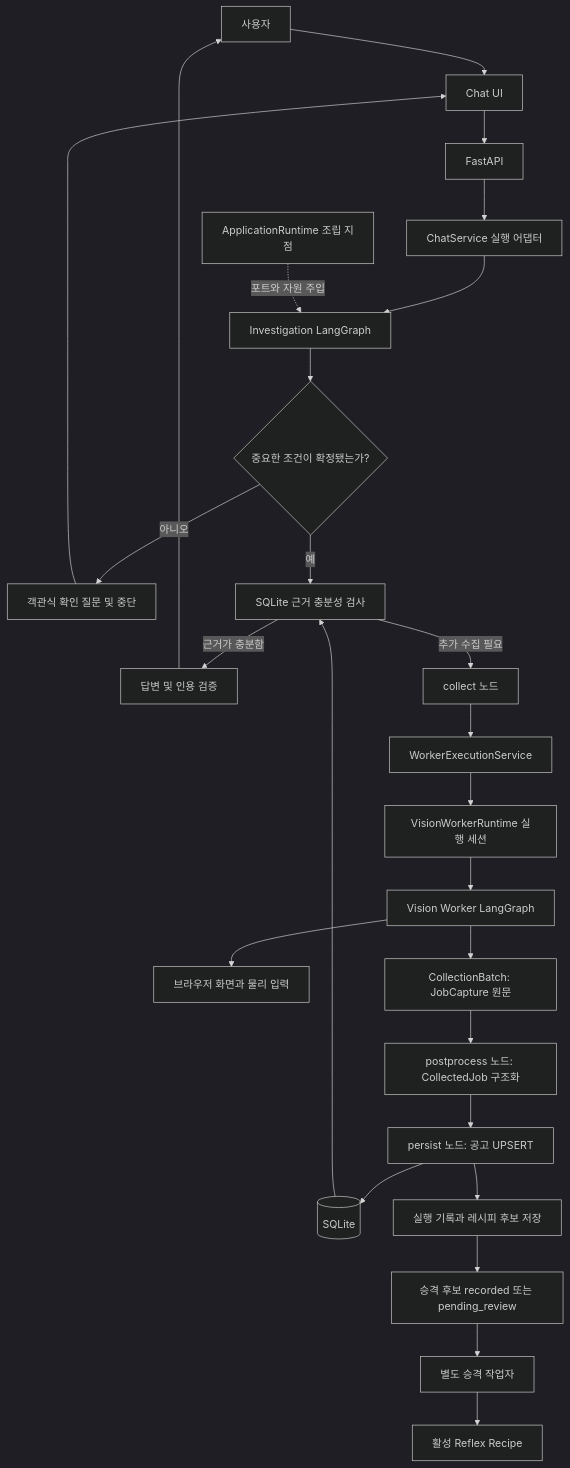
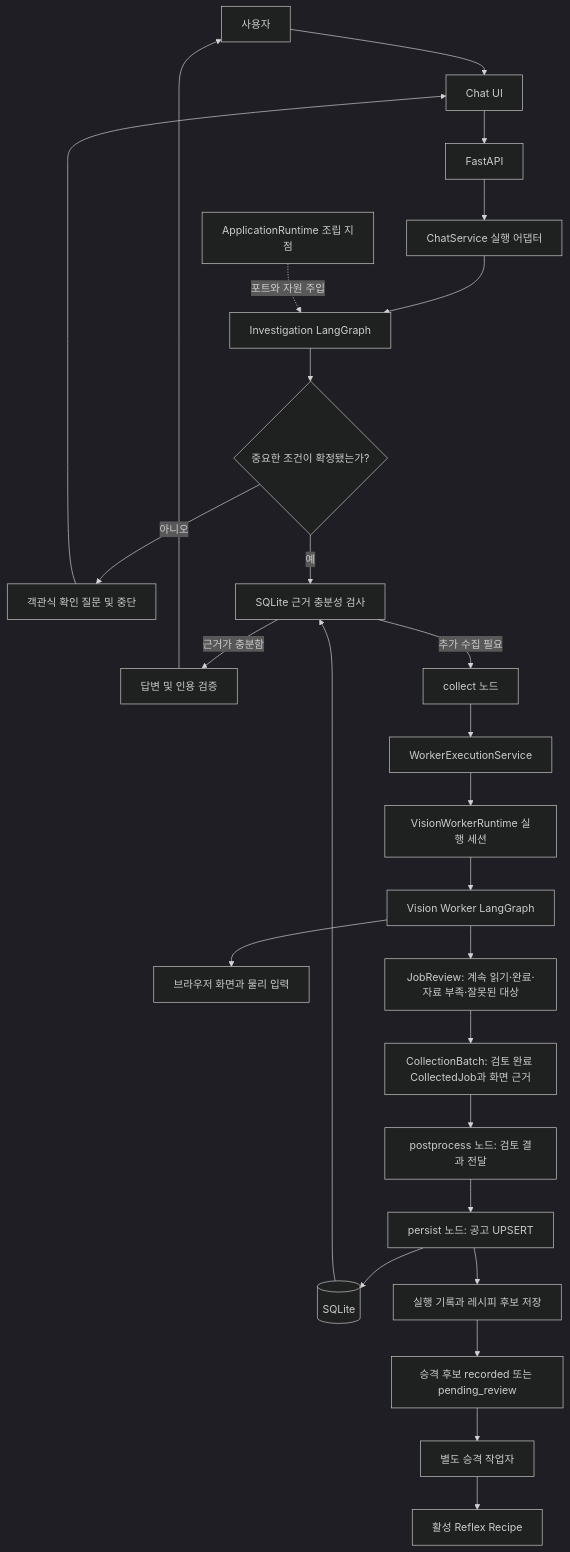
The first of 2 diagrams in ARCHITECTURE.md (Dreamtreeme/L2C), drawn with Mermaid (dark theme) before and after one commit. The commit also changed other lines of this file and 66 other files, not shown here.

````diff
--- a/ARCHITECTURE.md
+++ b/ARCHITECTURE.md
@@ -7,28 +7,29 @@
 ```mermaid
 flowchart TD
     U[사용자] --> UI[Chat UI]
     UI --> API[FastAPI]
     API --> CS[ChatService 실행 어댑터]
     CS --> PLAN[Investigation LangGraph]
     RT[ApplicationRuntime 조립 지점] -. 포트와 자원 주입 .-> PLAN
     PLAN --> CLARIFY{중요한 조건이 확정됐는가?}
     CLARIFY -->|아니오| INPUT[객관식 확인 질문 및 중단]
     INPUT --> UI
     CLARIFY -->|예| DBQ[SQLite 근거 충분성 검사]
     DBQ -->|근거가 충분함| ANSWER[답변 및 인용 검증]
     DBQ -->|추가 수집 필요| COLLECTION[collect 노드]
     COLLECTION --> SERVICE[WorkerExecutionService]
     SERVICE --> LOCK[VisionWorkerRuntime 실행 세션]
     LOCK --> WG[Vision Worker LangGraph]
     WG --> WEB[브라우저 화면과 물리 입력]
-    WG --> BATCH[CollectionBatch: JobCapture 원문]
-    BATCH --> POSTPROCESS[postprocess 노드: CollectedJob 구조화]
+    WG --> REVIEW[JobReview: 계속 읽기·완료·자료 부족·잘못된 대상]
+    REVIEW --> BATCH[CollectionBatch: 검토 완료 CollectedJob과 화면 근거]
+    BATCH --> POSTPROCESS[postprocess 노드: 검토 결과 전달]
     POSTPROCESS --> STORE[persist 노드: 공고 UPSERT]
     STORE --> DB
     DB[(SQLite)] --> DBQ
     STORE --> EXPERIENCE[실행 기록과 레시피 후보 저장]
     EXPERIENCE --> CANDIDATE[승격 후보 recorded 또는 pending_review]
     CANDIDATE --> PROMOTION[별도 승격 작업자]
     PROMOTION --> RECIPE[활성 Reflex Recipe]
     ANSWER --> U
 ```
````
